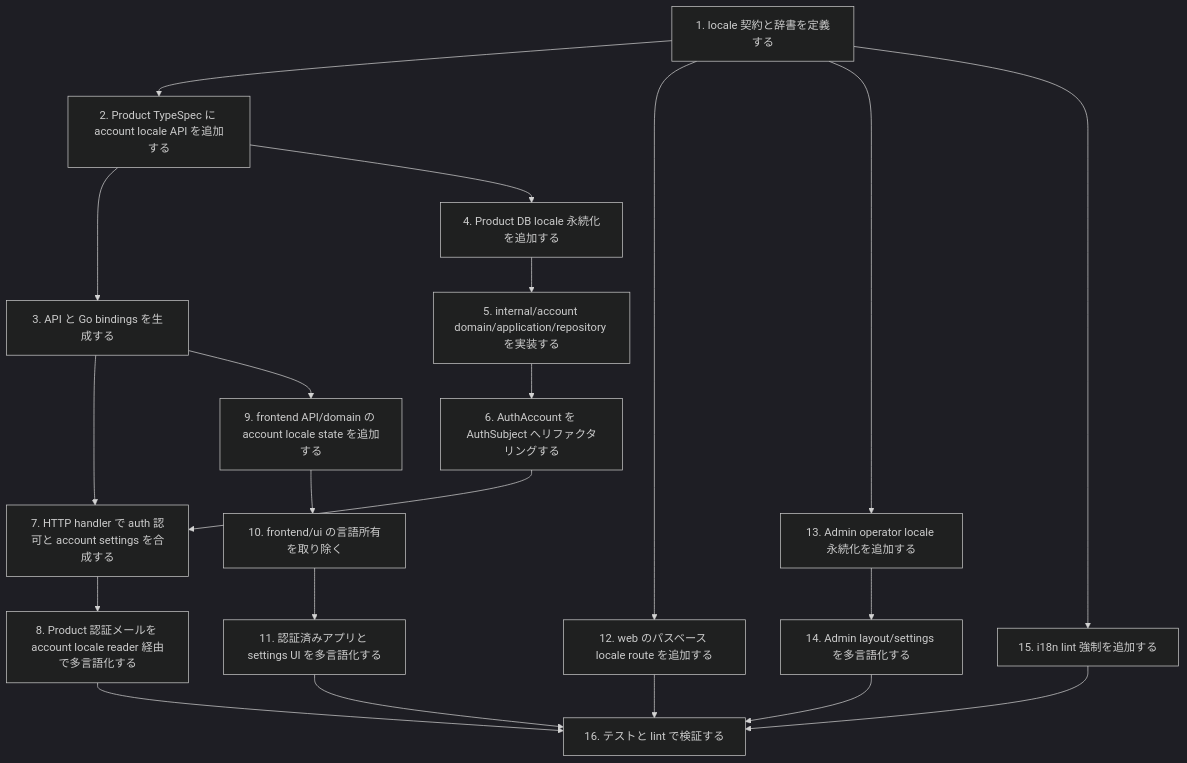
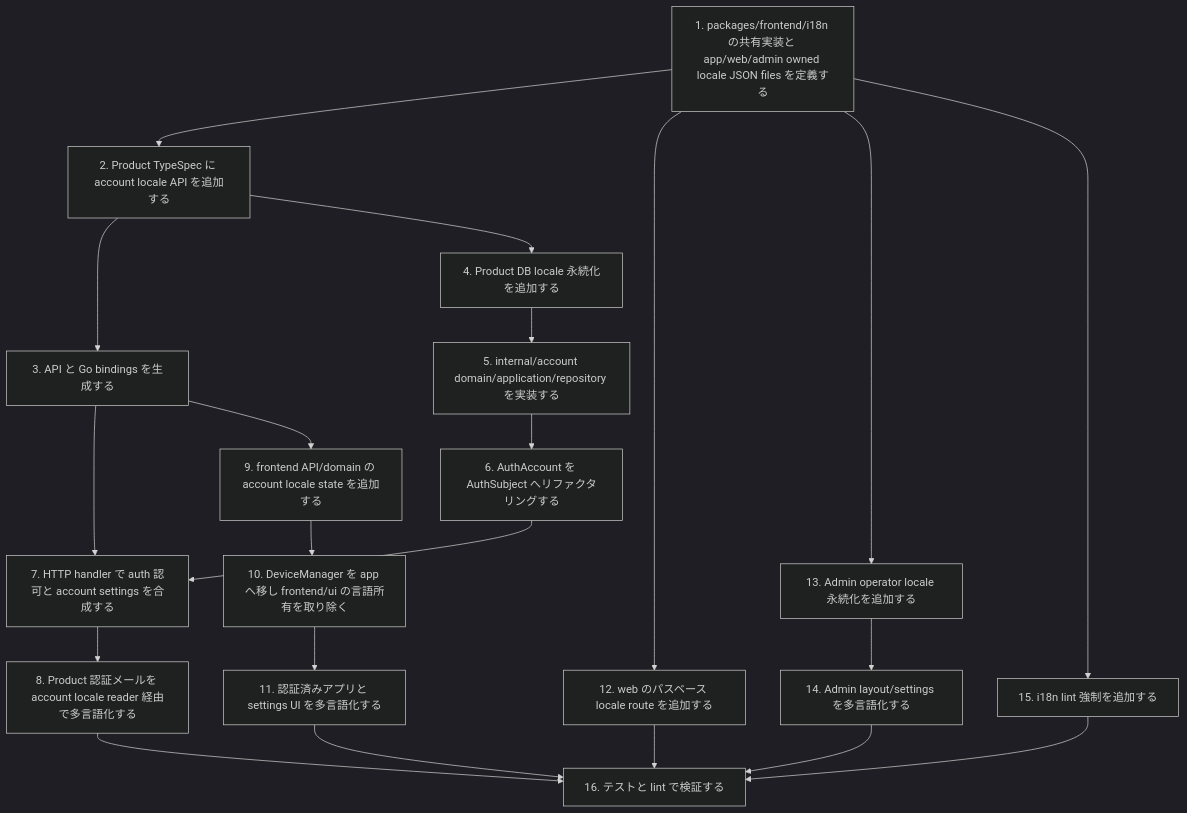
The sixth of 6 diagrams in openspec/changes/add-default-i18n/design.md (witwire-net/www-template), drawn with Mermaid (dark theme) before and after one commit. The commit also changed other lines of this file and 3 other files, not shown here.

````diff
--- a/openspec/changes/add-default-i18n/design.md
+++ b/openspec/changes/add-default-i18n/design.md
@@ -533,23 +608,23 @@
 ```mermaid
 flowchart TD
-  A[1. locale 契約と辞書を定義する] --> B[2. Product TypeSpec に account locale API を追加する]
+  A[1. packages/frontend/i18n の共有実装と app/web/admin owned locale JSON files を定義する] --> B[2. Product TypeSpec に account locale API を追加する]
   B --> C[3. API と Go bindings を生成する]
   B --> D[4. Product DB locale 永続化を追加する]
   D --> E0[5. internal/account domain/application/repository を実装する]
   E0 --> E2[6. AuthAccount を AuthSubject へリファクタリングする]
   C --> E1[7. HTTP handler で auth 認可と account settings を合成する]
   E2 --> E1
   E1 --> F[8. Product 認証メールを account locale reader 経由で多言語化する]
   C --> G[9. frontend API/domain の account locale state を追加する]
-  G --> H0[10. frontend/ui の言語所有を取り除く]
+  G --> H0[10. DeviceManager を app へ移し frontend/ui の言語所有を取り除く]
   H0 --> H[11. 認証済みアプリと settings UI を多言語化する]
   A --> I[12. web のパスベース locale route を追加する]
   A --> J[13. Admin operator locale 永続化を追加する]
   J --> K[14. Admin layout/settings を多言語化する]
   A --> L[15. i18n lint 強制を追加する]
   H --> M[16. テストと lint で検証する]
   I --> M
   K --> M
   F --> M
   L --> M
 ```
````
